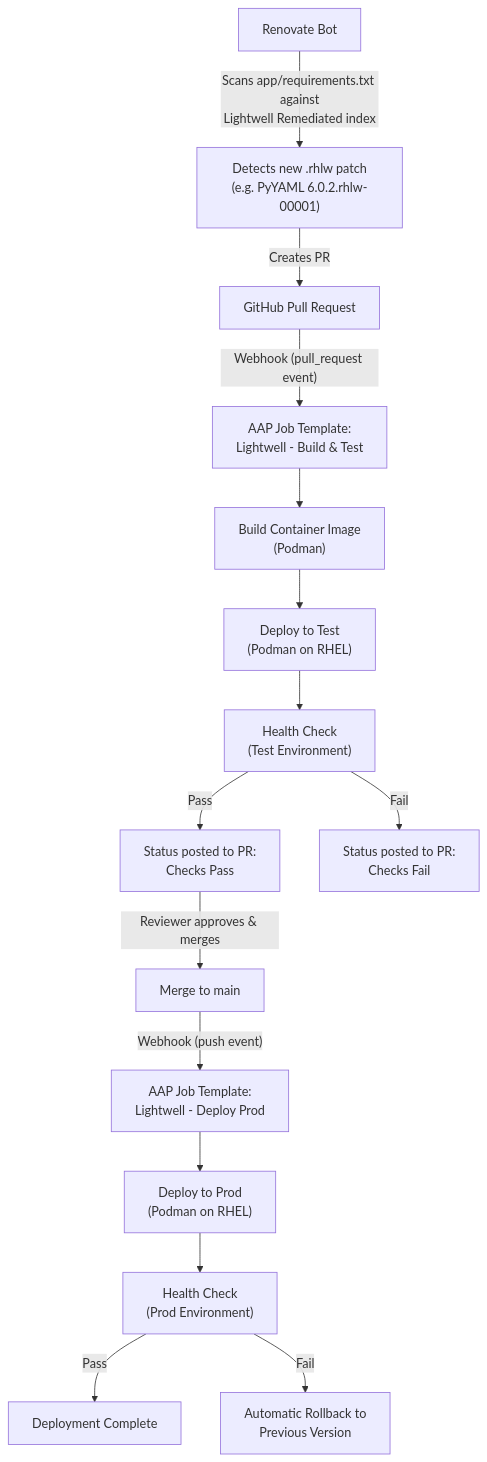
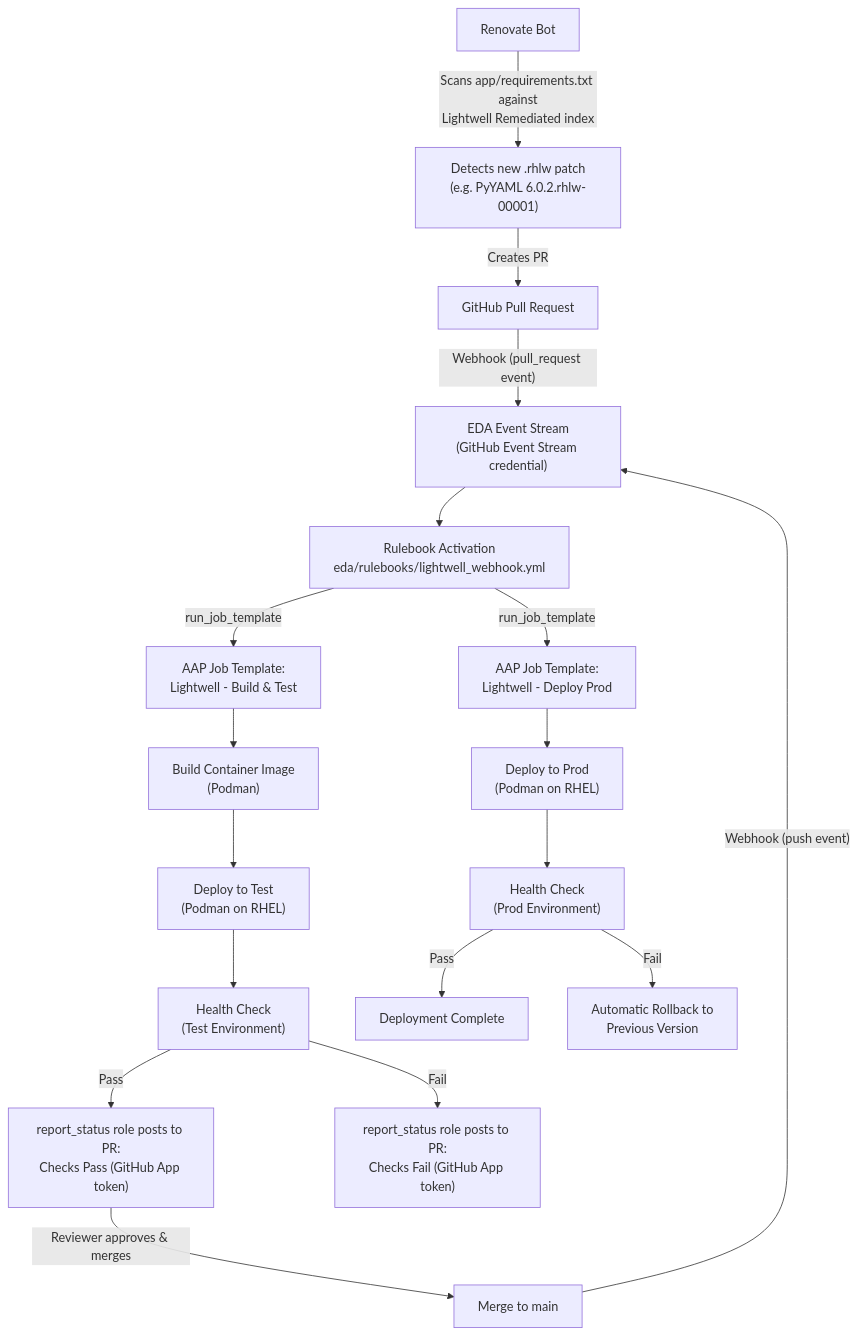
The diagram in README.md (zjleblanc/ansible-lightwell), drawn with Mermaid before and after one commit. The commit also changed other lines of this file and 18 other files, not shown here.

Commit message:
add eda integration and status reporting, self-documenting code

````diff
--- a/README.md
+++ b/README.md
@@ -22,17 +25,20 @@
 ```mermaid
 flowchart TD
     RenovateBot["Renovate Bot"] -->|"Scans app/requirements.txt against\nLightwell Remediated index"| DetectPatch["Detects new .rhlw patch\n(e.g. PyYAML 6.0.2.rhlw-00001)"]
     DetectPatch -->|"Creates PR"| GitHubPR["GitHub Pull Request"]
-    GitHubPR -->|"Webhook (pull_request event)"| AAP_Test["AAP Job Template:\nLightwell - Build & Test"]
+    GitHubPR -->|"Webhook (pull_request event)"| EventStream["EDA Event Stream\n(GitHub Event Stream credential)"]
+    EventStream --> Rulebook["Rulebook Activation\neda/rulebooks/lightwell_webhook.yml"]
+    Rulebook -->|"run_job_template"| AAP_Test["AAP Job Template:\nLightwell - Build & Test"]
     AAP_Test --> BuildImg["Build Container Image\n(Podman)"]
     BuildImg --> DeployTest["Deploy to Test\n(Podman on RHEL)"]
     DeployTest --> HealthTest["Health Check\n(Test Environment)"]
-    HealthTest -->|"Pass"| ApprovePR["Status posted to PR:\nChecks Pass"]
-    HealthTest -->|"Fail"| FailPR["Status posted to PR:\nChecks Fail"]
+    HealthTest -->|"Pass"| ApprovePR["report_status role posts to PR:\nChecks Pass (GitHub App token)"]
+    HealthTest -->|"Fail"| FailPR["report_status role posts to PR:\nChecks Fail (GitHub App token)"]
     ApprovePR -->|"Reviewer approves & merges"| MergeMain["Merge to main"]
-    MergeMain -->|"Webhook (push event)"| AAP_Prod["AAP Job Template:\nLightwell - Deploy Prod"]
+    MergeMain -->|"Webhook (push event)"| EventStream
+    Rulebook -->|"run_job_template"| AAP_Prod["AAP Job Template:\nLightwell - Deploy Prod"]
     AAP_Prod --> DeployProd["Deploy to Prod\n(Podman on RHEL)"]
     DeployProd --> HealthProd["Health Check\n(Prod Environment)"]
     HealthProd -->|"Pass"| Done["Deployment Complete"]
     HealthProd -->|"Fail"| Rollback["Automatic Rollback to\nPrevious Version"]
 ```
````
